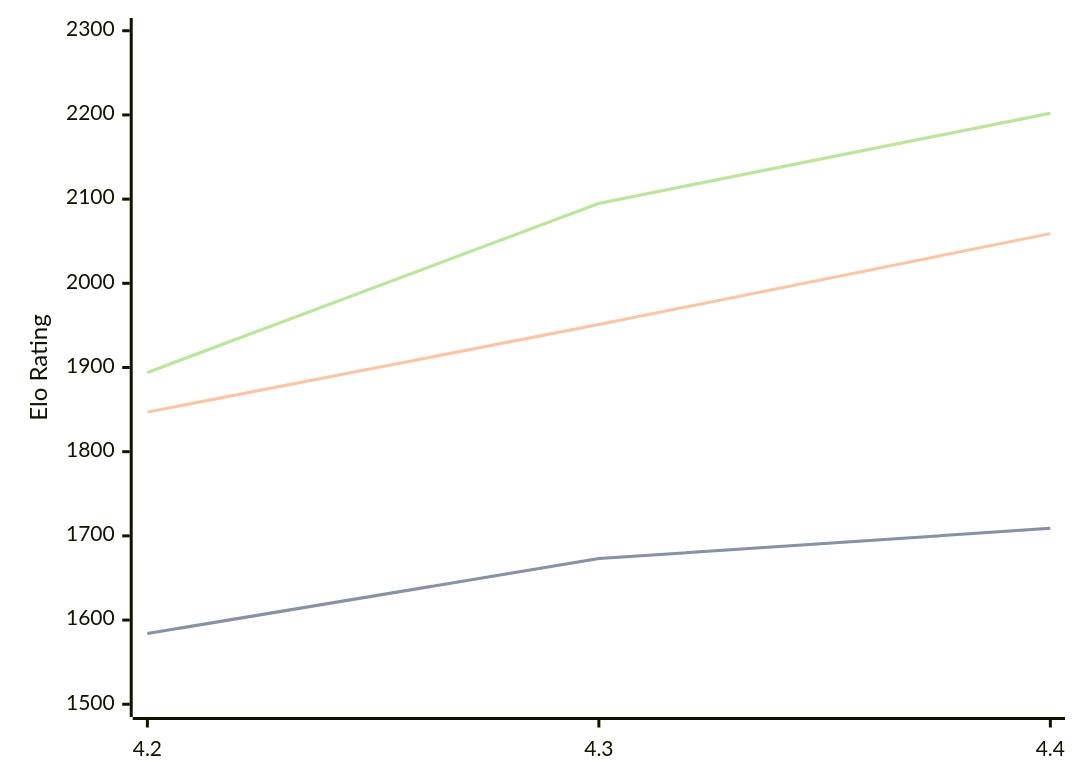
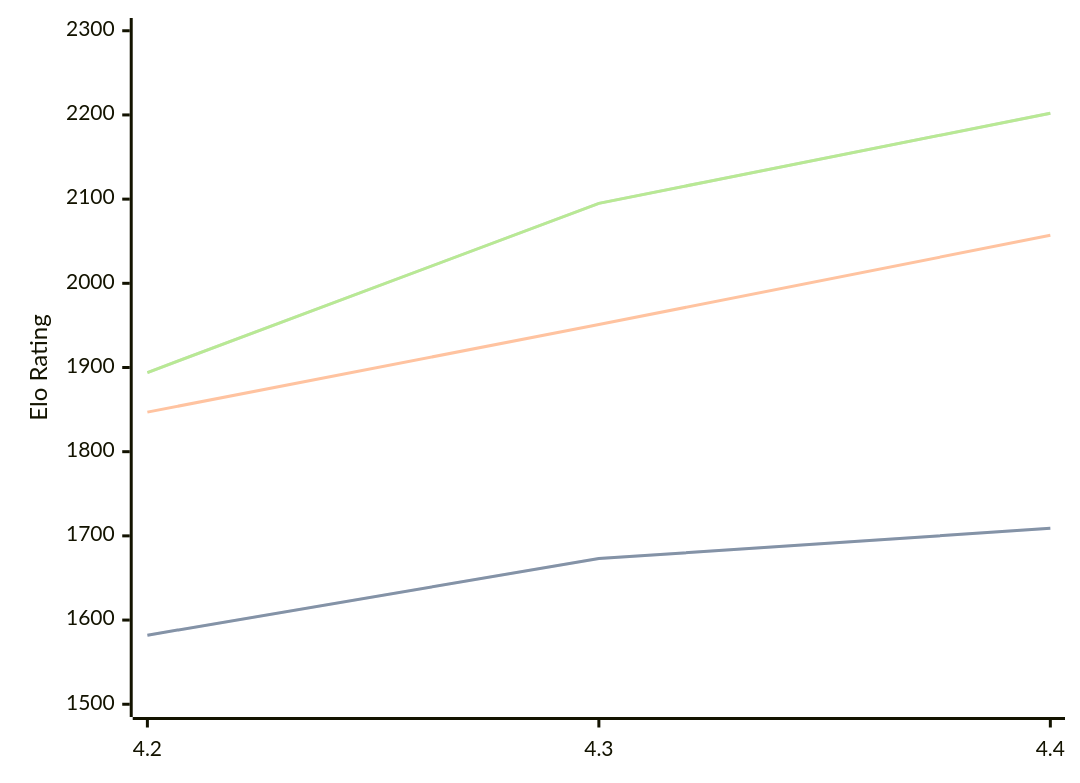
The diagram in engines/Radiance.md (computer-chess-index/cci), drawn with Mermaid before and after one commit. The commit also changed other lines of this file, not shown here.

````diff
--- a/engines/Radiance.md
+++ b/engines/Radiance.md
@@ -33,11 +33,11 @@
 ```mermaid
 %%{init: {"theme":"base","themeVariables":{"seriesColors:['#a3a3a3','#222221','#faa371']}}}%%
 xychart-beta
   x-axis ["4.2", "4.3", "4.4"]
   y-axis "Elo Rating" 1500 --> 2300
-  line "STC (8.0+0.08s)" [1584, 1673, 1709]
-  line "STC (8.0+0.08s)" [1584, 1673, 1709]
-  line "LTC (60.0+0.60s)" [1847, 1951, 2059]
+  line "STC (8.0+0.08s)" [1582, 1673, 1709]
+  line "STC (8.0+0.08s)" [1582, 1673, 1709]
+  line "LTC (60.0+0.60s)" [1847, 1951, 2057]
   line "VLTC (2m24s+1.12s)" [1894, 2095, 2202]
   line "VLTC (2m24s+1.12s)" [1894, 2095, 2202]
 ```
````
